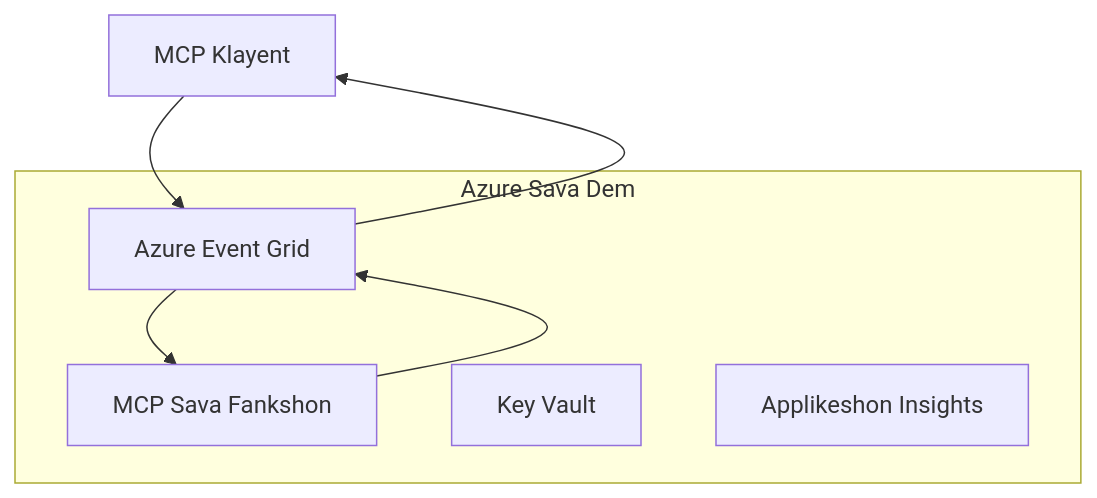
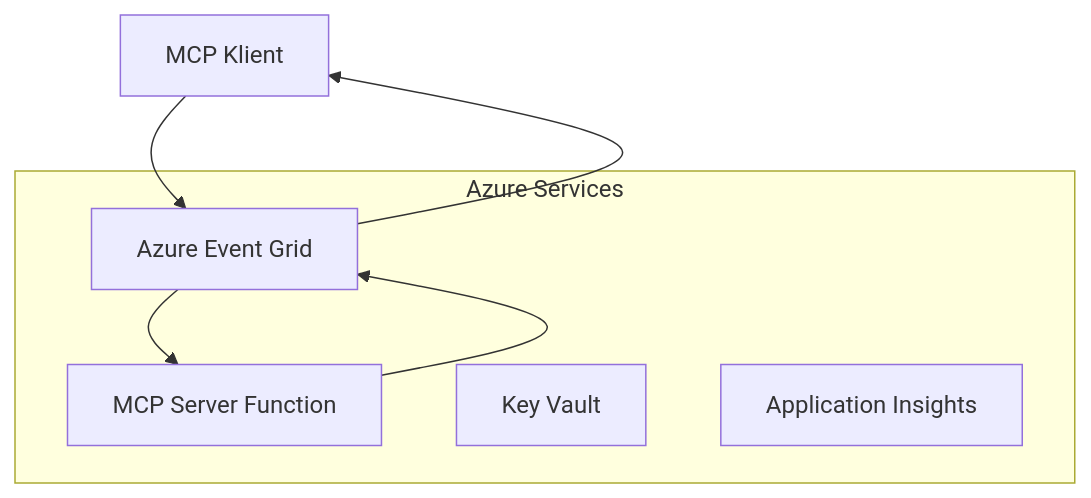
Before and after one commit to HIDORAKAI002/ai-workspace-archive: the first of 2 diagrams in mcp_ecosystem__model_context_protocol/mcp_learning_resources/mcp-for-beginners/translations/pcm/05-AdvancedTopics/mcp-transport/README.md, drawn with Mermaid. The commit also changed other lines of this file and 1046 other files, not shown here.

````diff
--- a/mcp_ecosystem__model_context_protocol/mcp_learning_resources/mcp-for-beginners/translations/pcm/05-AdvancedTopics/mcp-transport/README.md
+++ b/mcp_ecosystem__model_context_protocol/mcp_learning_resources/mcp-for-beginners/translations/pcm/05-AdvancedTopics/mcp-transport/README.md
@@ -58,14 +60,14 @@
 ```mermaid
 graph TB
-    Client[MCP Klayent] --> EG[Azure Event Grid]
-    EG --> Server[MCP Sava Fankshon]
+    Client[MCP Klient] --> EG[Azure Event Grid]
+    EG --> Server[MCP Server Function]
     Server --> EG
     EG --> Client
     
-    subgraph "Azure Sava Dem"
+    subgraph "Azure Services"
         EG
         Server
         KV[Key Vault]
-        Monitor[Applikeshon Insights]
+        Monitor[Application Insights]
     end
 ```
````
